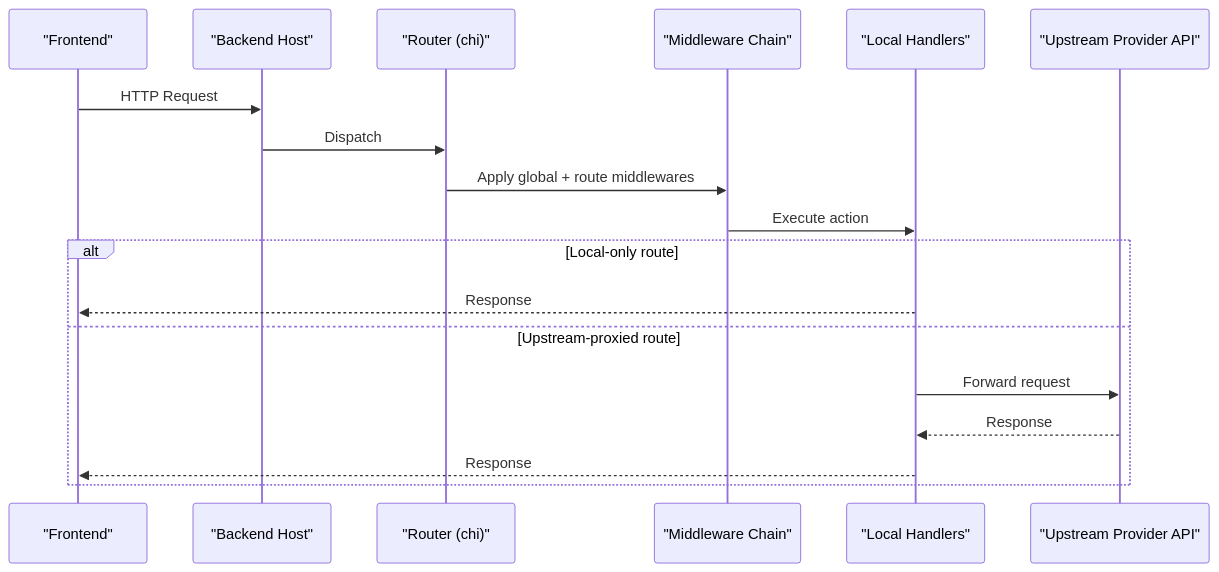
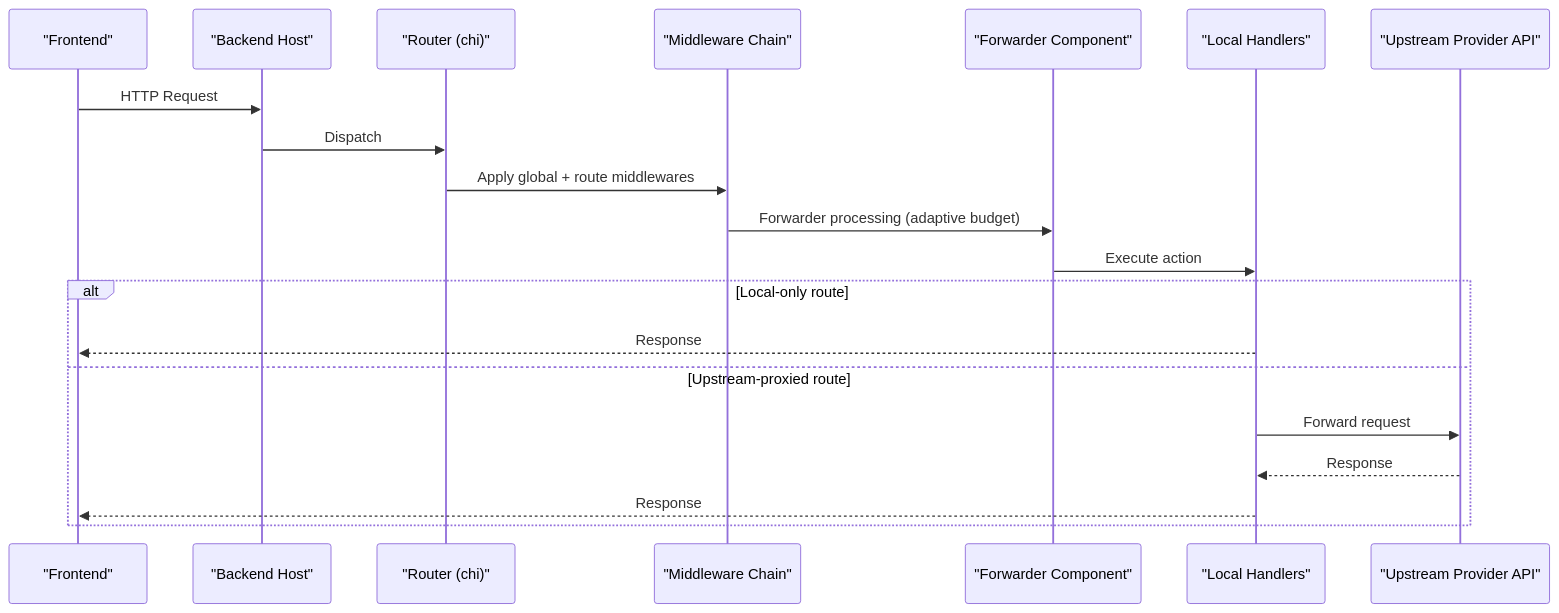
One commit to philau2512/cursor-byok-go-v2 changed the second of 15 diagrams in .qoder/repowiki/en/content/Architecture Overview/Backend Services.md. Above: the diagram before and after it, drawn with Mermaid. The commit also changed other lines of this file and 49 other files, not shown here.

````diff
--- a/.qoder/repowiki/en/content/Architecture Overview/Backend Services.md
+++ b/.qoder/repowiki/en/content/Architecture Overview/Backend Services.md
@@ -90,20 +109,22 @@
 ```mermaid
 sequenceDiagram
 participant FE as "Frontend"
 participant H as "Backend Host"
 participant R as "Router (chi)"
 participant M as "Middleware Chain"
+participant F as "Forwarder Component"
 participant A as "Local Handlers"
 participant U as "Upstream Provider API"
 FE->>H : HTTP Request
 H->>R : Dispatch
 R->>M : Apply global + route middlewares
-M->>A : Execute action
+M->>F : Forwarder processing (adaptive budget)
+F->>A : Execute action
 alt Local-only route
 A-->>FE : Response
 else Upstream-proxied route
 A->>U : Forward request
 U-->>A : Response
 A-->>FE : Response
 end
 ```
````
